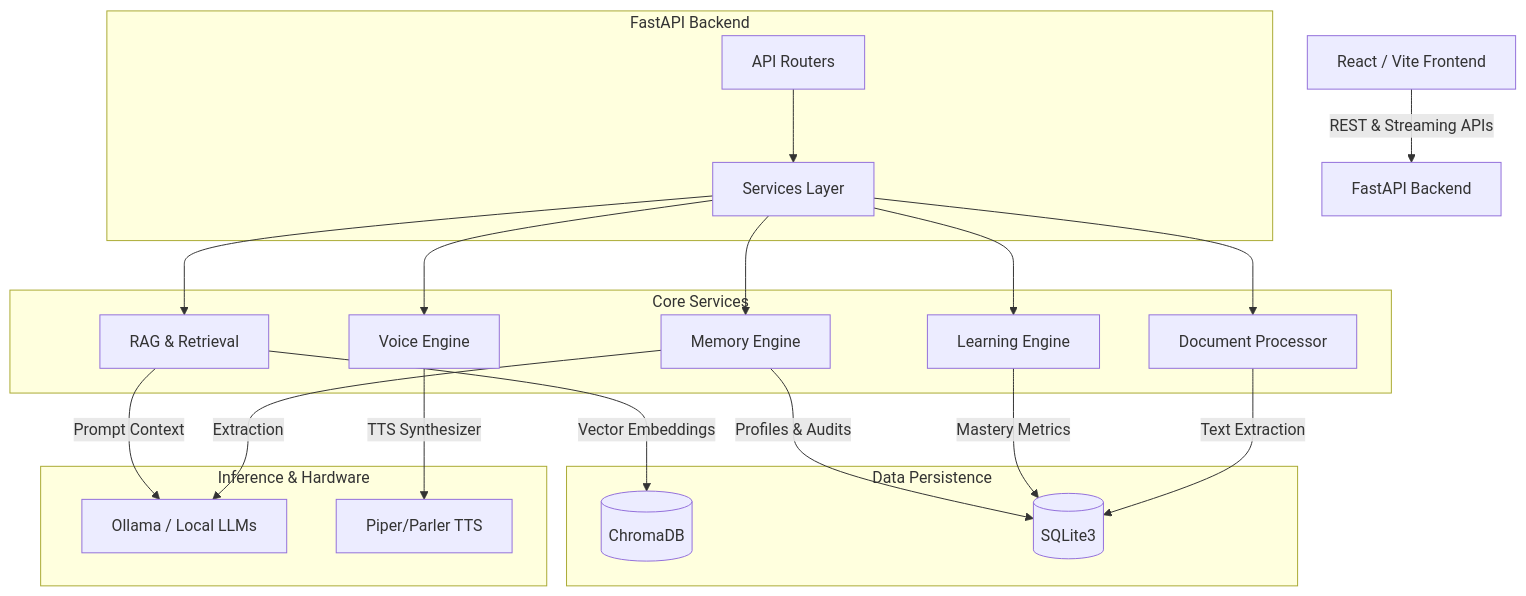
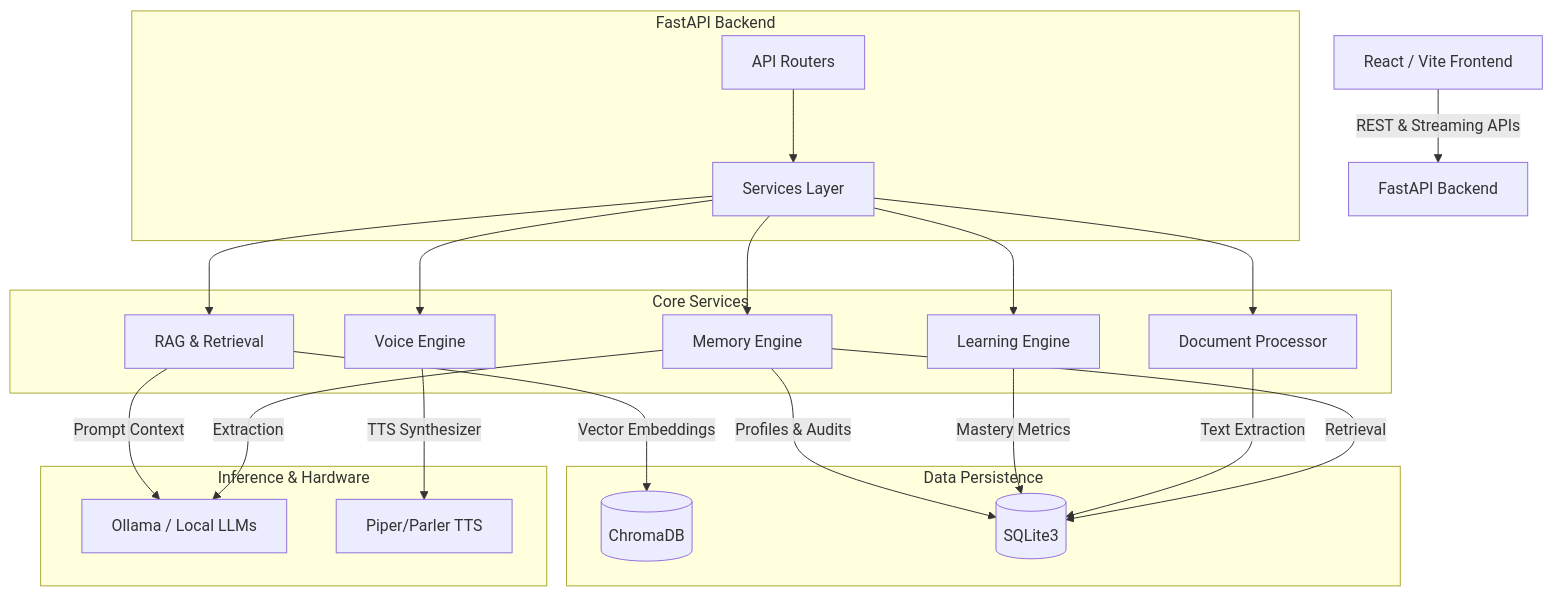
Before and after one commit to razeltech/SmilAi: the diagram in docs/ARCHITECTURE.md, drawn with Mermaid. The commit also changed other lines of this file and 4 other files, not shown here.

Commit message:
docs: Add ADRs and refine architecture

````diff
--- a/docs/ARCHITECTURE.md
+++ b/docs/ARCHITECTURE.md
@@ -10,29 +10,30 @@
 ```mermaid
 flowchart TD
     A[React / Vite Frontend] -->|REST & Streaming APIs| B[FastAPI Backend]
     
     subgraph FastAPI Backend
         C[API Routers] --> D[Services Layer]
     end
     
     subgraph Core Services
         D --> R[RAG & Retrieval]
         D --> M[Memory Engine]
         D --> L[Learning Engine]
         D --> V[Voice Engine]
         D --> Doc[Document Processor]
     end
     
     subgraph Data Persistence
         R -->|Vector Embeddings| ChromaDB[(ChromaDB)]
         M -->|Profiles & Audits| SQLite[(SQLite3)]
         L -->|Mastery Metrics| SQLite
         Doc -->|Text Extraction| SQLite
     end
     
     subgraph Inference & Hardware
         R -->|Prompt Context| Ollama[Ollama / Local LLMs]
         M -->|Extraction| Ollama
+        M -->|Retrieval| SQLite
         V -->|TTS Synthesizer| Piper[Piper/Parler TTS]
     end
 ```
````
